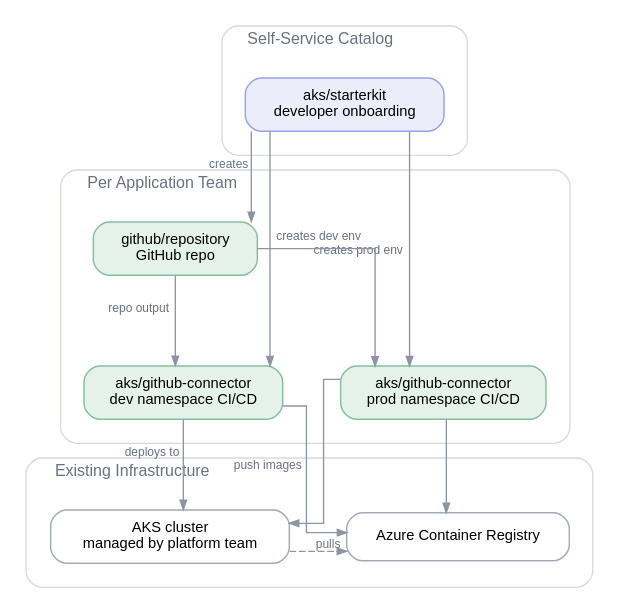
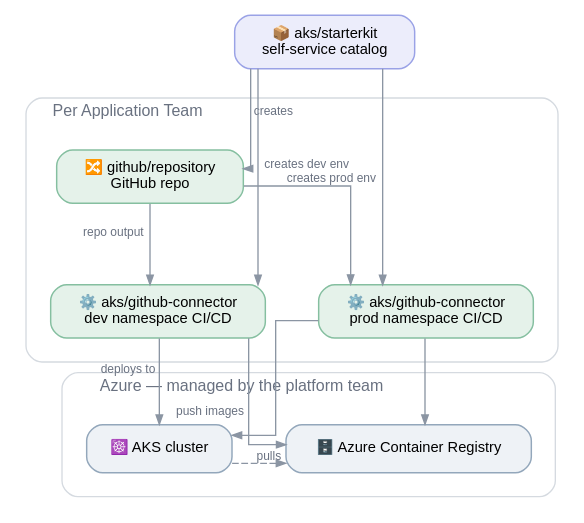
The diagram in reference-architectures/azure-kubernetes.dot (meshcloud/meshstack-hub), drawn with Graphviz before and after one commit. The commit also changed other lines of this file and 5 other files, not shown here.

```diff
--- a/reference-architectures/azure-kubernetes.dot
+++ b/reference-architectures/azure-kubernetes.dot
@@ -1,66 +1,60 @@
 /*
  * Azure Kubernetes reference architecture.
- * Render with: task diagrams
+ * Conventions: .agents/references/diagrams.md — render with: task diagrams
  */
 digraph azure_kubernetes {
   rankdir=TB
   splines=ortho
   forcelabels=true
   bgcolor="white"
-  nodesep=0.60
-  ranksep=0.95
+  nodesep=0.55
+  ranksep=0.85
 
-  node [shape=box style="rounded,filled" fontname="Helvetica" fontsize=11 fillcolor="#ffffff" color="#a2abb8" penwidth=1.1 margin="0.20,0.11"]
+  node [shape=box style="rounded,filled" fontname="Helvetica" fontsize=11
+        fillcolor="#ffffff" color="#a2abb8" penwidth=1.1 margin="0.20,0.11"]
   edge [fontname="Helvetica" fontsize=9 fontcolor="#697180" color="#8b95a3" arrowsize=0.7]
 
-  subgraph cluster_catalog {
-    label="  Self-Service Catalog"
-    labeljust=l
-    fontname="Helvetica" fontsize=12 fontcolor="#697180"
-    style="rounded" color="#d5dae0"
-    margin=18
-
-    STARTER [label="aks/starterkit\ndeveloper onboarding" fillcolor="#ecedfb" color="#9aa2e6"]
-  }
+  // meshStack definition the application team orders from the catalog
+  STARTER [label="📦 aks/starterkit\nself-service catalog" fillcolor="#ecedfb" color="#9aa2e6"]
 
   subgraph cluster_team {
     label="  Per Application Team"
     labeljust=l
     fontname="Helvetica" fontsize=12 fontcolor="#697180"
     style="rounded" color="#d5dae0"
     margin=18
 
-    REPO [label="github/repository\nGitHub repo" fillcolor="#e5f2ea" color="#85bfa0"]
-    DEV  [label="aks/github-connector\ndev namespace CI/CD" fillcolor="#e5f2ea" color="#85bfa0"]
-    PROD [label="aks/github-connector\nprod namespace CI/CD" fillcolor="#e5f2ea" color="#85bfa0"]
+    REPO [label="🔀 github/repository\nGitHub repo" fillcolor="#e5f2ea" color="#85bfa0"]
+    DEV  [label="⚙️ aks/github-connector\ndev namespace CI/CD" fillcolor="#e5f2ea" color="#85bfa0"]
+    PROD [label="⚙️ aks/github-connector\nprod namespace CI/CD" fillcolor="#e5f2ea" color="#85bfa0"]
 
     { rank=same; DEV -> PROD [style=invis] }
   }
 
-  subgraph cluster_infra {
-    label="  Existing Infrastructure"
+  subgraph cluster_azure {
+    label="  Azure — managed by the platform team"
     labeljust=l
     fontname="Helvetica" fontsize=12 fontcolor="#697180"
     style="rounded" color="#d5dae0"
     margin=18
 
-    AKS [label="AKS cluster\nmanaged by platform team"]
-    ACR [label="Azure Container Registry"]
+    AKS [label="☸️ AKS cluster" fillcolor="#eef2f6" color="#93a7bb"]
+    ACR [label="🗄️ Azure Container Registry" fillcolor="#eef2f6" color="#93a7bb"]
 
     { rank=same; AKS -> ACR [style=invis] }
   }
 
   STARTER -> REPO [xlabel="creates"]
   STARTER -> DEV  [xlabel="creates dev env"]
   STARTER -> PROD [xlabel="creates prod env"]
 
-  REPO -> DEV  [xlabel="repo output"]
+  REPO -> DEV [xlabel="repo output"]
   REPO -> PROD
 
   DEV  -> ACR [xlabel="push images"]
   PROD -> ACR
   DEV  -> AKS [xlabel="deploys to"]
   PROD -> AKS
 
   AKS -> ACR [xlabel="pulls" style=dashed constraint=false]
 }
```
